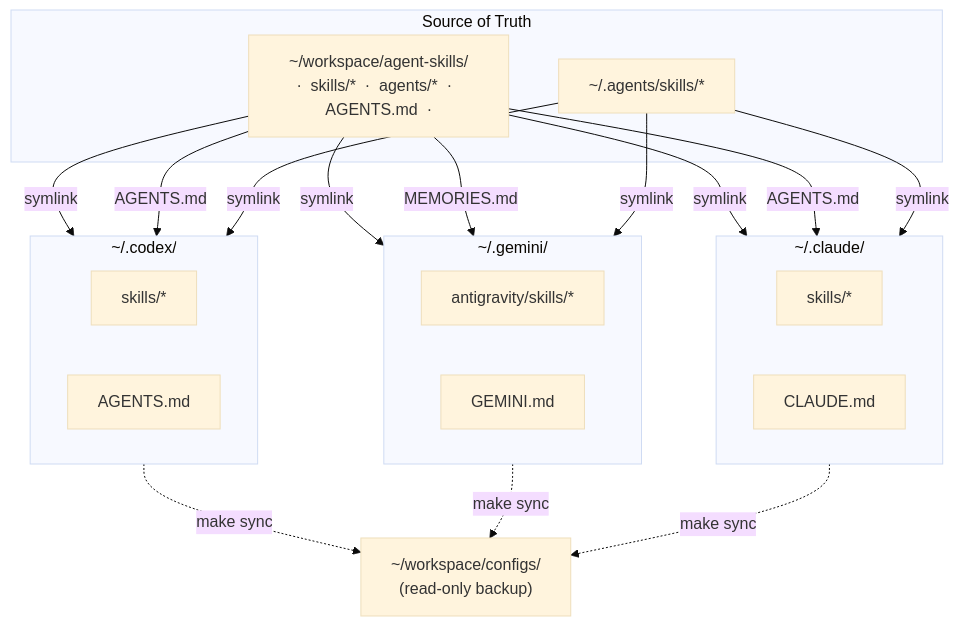
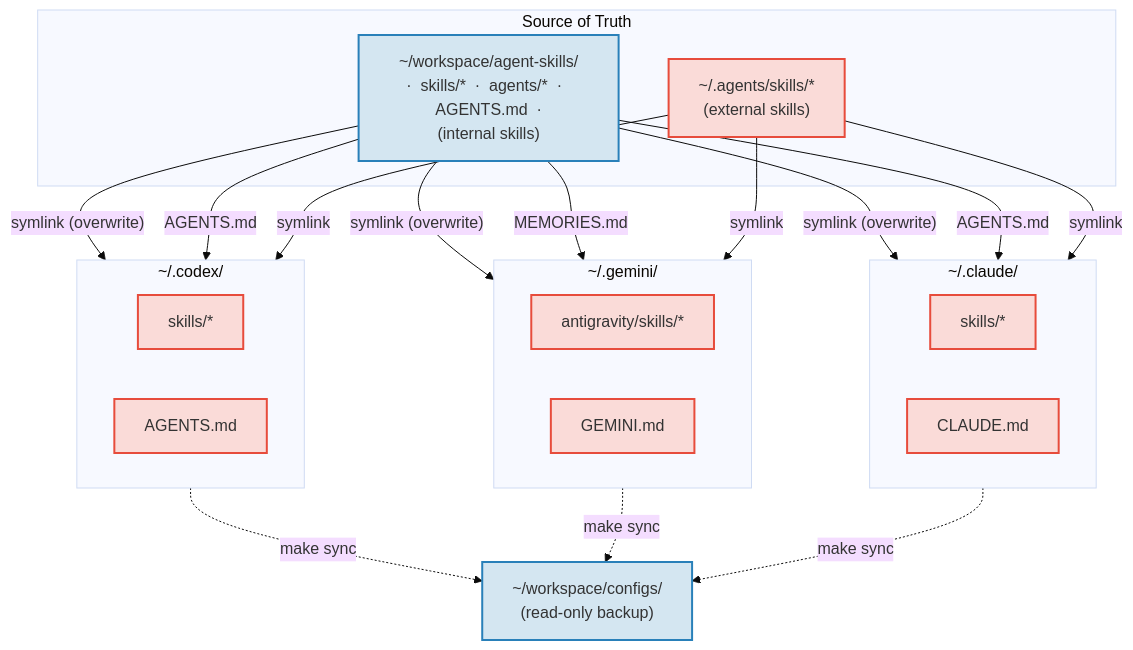
One commit to Olshansk/agent-session-commit changed the first of 3 diagrams in personal/README.md. Above: the diagram before and after it, drawn with Mermaid (base theme). The commit also changed other lines of this file, not shown here.

````diff
--- a/personal/README.md
+++ b/personal/README.md
@@ -23,42 +23,48 @@
 ```mermaid
 graph TB
+    classDef workspace fill:#d4e6f1,stroke:#2980b9,stroke-width:2px
+    classDef dotdir fill:#fadbd8,stroke:#e74c3c,stroke-width:2px
+
     subgraph sources["Source of Truth"]
-        repo["~/workspace/agent-skills/<br/>·  skills/*  ·  agents/*  ·  AGENTS.md  ·"]
-        thirdparty["~/.agents/skills/*"]
+        thirdparty["~/.agents/skills/*<br/>(external skills)"]
+        repo["~/workspace/agent-skills/<br/>·  skills/*  ·  agents/*  ·  AGENTS.md  ·<br/>(internal skills)"]
     end
 
     subgraph claude["~/.claude/"]
         direction LR
         claude_skills["skills/*"]
         claude_md["CLAUDE.md"]
     end
 
     subgraph gemini["~/.gemini/"]
         direction LR
         gemini_skills["antigravity/skills/*"]
         gemini_md["GEMINI.md"]
     end
 
     subgraph codex["~/.codex/"]
         direction LR
         codex_skills["skills/*"]
         codex_md["AGENTS.md"]
     end
 
     backup["~/workspace/configs/<br/>(read-only backup)"]
 
-    repo -->|"symlink"| claude_skills
-    repo -->|"symlink"| gemini_skills
-    repo -->|"symlink"| codex_skills
+    repo -->|"symlink (overwrite)"| claude_skills
+    repo -->|"symlink (overwrite)"| gemini_skills
+    repo -->|"symlink (overwrite)"| codex_skills
     repo -->|"AGENTS.md"| claude_md
     repo -->|"MEMORIES.md"| gemini_md
     repo -->|"AGENTS.md"| codex_md
 
     thirdparty -->|"symlink"| claude_skills
     thirdparty -->|"symlink"| gemini_skills
     thirdparty -->|"symlink"| codex_skills
 
     claude -.->|"make sync"| backup
     gemini -.->|"make sync"| backup
     codex -.->|"make sync"| backup
+
+    class repo,backup workspace
+    class thirdparty,claude_skills,claude_md,gemini_skills,gemini_md,codex_skills,codex_md dotdir
 ```
````
